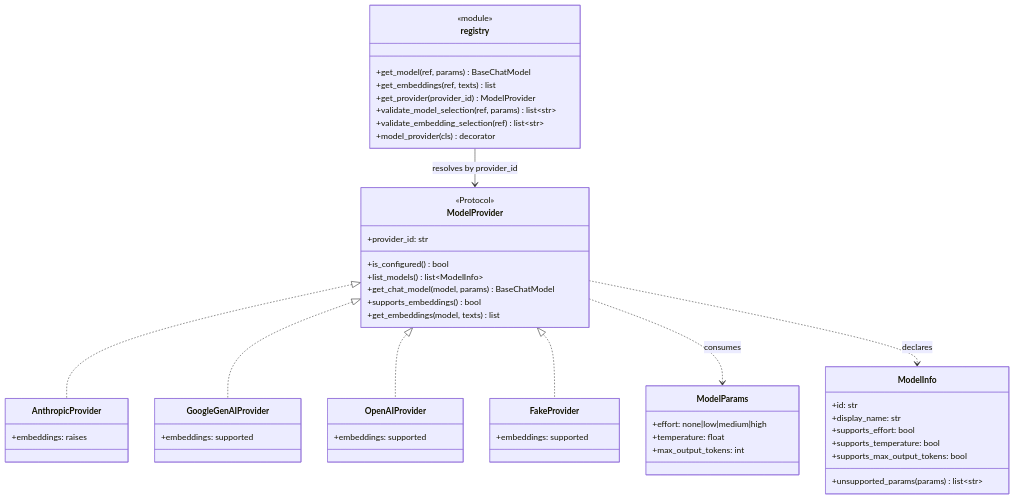
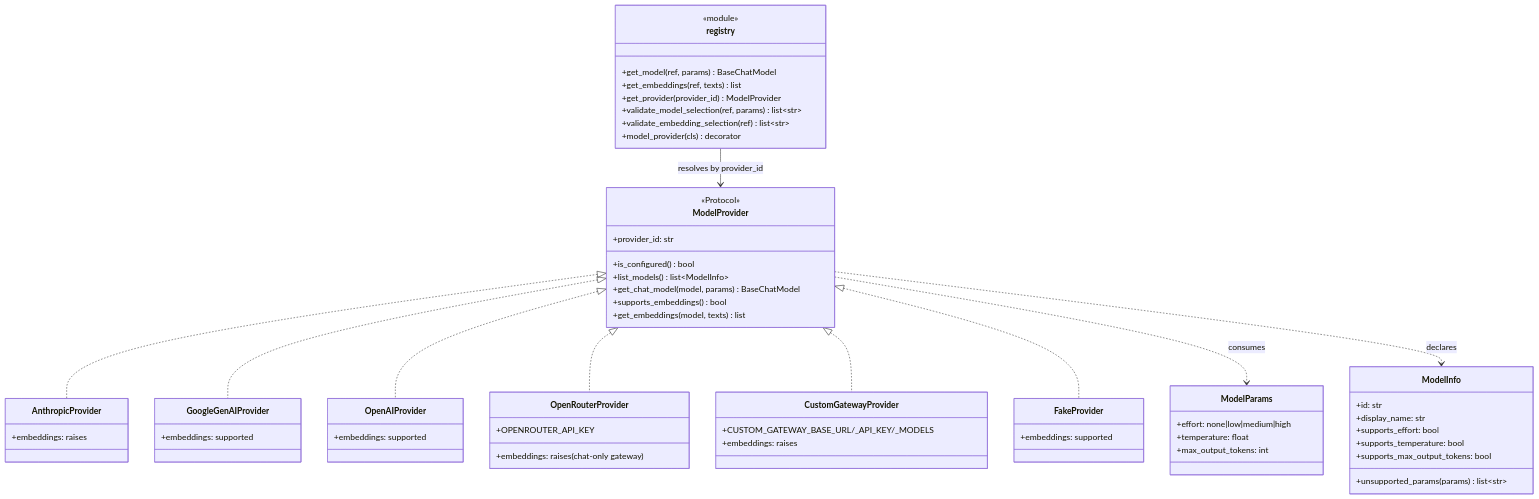
Before and after one commit to maheshyaddanapudi/concierge-agent: the first of 5 diagrams in docs/architecture/components.md, drawn with Mermaid. The commit also changed other lines of this file and 219 other files, not shown here.

````diff
--- a/docs/architecture/components.md
+++ b/docs/architecture/components.md
@@ -9,53 +9,63 @@
 ```mermaid
 classDiagram
     class ModelProvider {
         <<Protocol>>
         +provider_id: str
         +is_configured() bool
         +list_models() list~ModelInfo~
         +get_chat_model(model, params) BaseChatModel
         +supports_embeddings() bool
         +get_embeddings(model, texts) list
     }
     class ModelParams {
         +effort: none|low|medium|high
         +temperature: float
         +max_output_tokens: int
     }
     class ModelInfo {
         +id: str
         +display_name: str
         +supports_effort: bool
         +supports_temperature: bool
         +supports_max_output_tokens: bool
         +unsupported_params(params) list~str~
     }
     class registry {
         <<module>>
         +get_model(ref, params) BaseChatModel
         +get_embeddings(ref, texts) list
         +get_provider(provider_id) ModelProvider
         +validate_model_selection(ref, params) list~str~
         +validate_embedding_selection(ref) list~str~
         +model_provider(cls) decorator
     }
     class AnthropicProvider {
         +embeddings: raises
     }
     class GoogleGenAIProvider {
         +embeddings: supported
     }
     class OpenAIProvider {
         +embeddings: supported
     }
+    class OpenRouterProvider {
+        +OPENROUTER_API_KEY
+        +embeddings: raises (chat-only gateway)
+    }
+    class CustomGatewayProvider {
+        +CUSTOM_GATEWAY_BASE_URL/_API_KEY/_MODELS
+        +embeddings: raises
+    }
     class FakeProvider {
         +embeddings: supported
     }
     ModelProvider <|.. AnthropicProvider
     ModelProvider <|.. GoogleGenAIProvider
     ModelProvider <|.. OpenAIProvider
+    ModelProvider <|.. OpenRouterProvider
+    ModelProvider <|.. CustomGatewayProvider
     ModelProvider <|.. FakeProvider
     registry --> ModelProvider : resolves by provider_id
     ModelProvider ..> ModelParams : consumes
     ModelProvider ..> ModelInfo : declares
 ```
````
